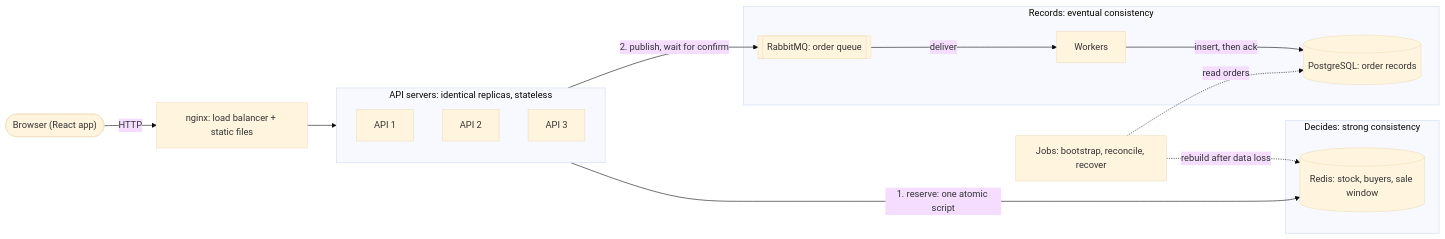
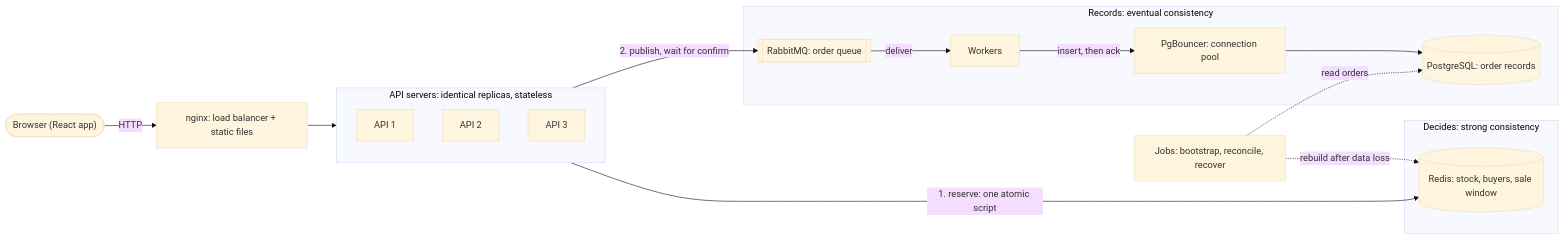
The diagram in docs/02-architecture.md (DwiHandoyo/flash-sale), drawn with Mermaid (base theme) before and after one commit. The commit also changed other lines of this file and 7 other files, not shown here.

````diff
--- a/docs/02-architecture.md
+++ b/docs/02-architecture.md
@@ -7,32 +7,34 @@
 ```mermaid
 flowchart LR
     browser(["Browser (React app)"])
     nginx["nginx: load balancer + static files"]
 
     subgraph apis["API servers: identical replicas, stateless"]
         api1["API 1"]
         api2["API 2"]
         api3["API 3"]
     end
 
     subgraph decides["Decides: strong consistency"]
         redis[("Redis: stock, buyers, sale window")]
     end
 
     subgraph records["Records: eventual consistency"]
         rabbit[["RabbitMQ: order queue"]]
         workers["Workers"]
+        pgbouncer["PgBouncer: connection pool"]
         postgres[("PostgreSQL: order records")]
     end
 
     recovery["Jobs: bootstrap, reconcile, recover"]
 
     browser -->|HTTP| nginx
     nginx --> apis
     apis -->|"1. reserve: one atomic script"| redis
     apis -->|"2. publish, wait for confirm"| rabbit
     rabbit -->|deliver| workers
-    workers -->|"insert, then ack"| postgres
+    workers -->|"insert, then ack"| pgbouncer
+    pgbouncer --> postgres
     recovery -.->|"rebuild after data loss"| redis
     recovery -.->|"read orders"| postgres
 ```
````
